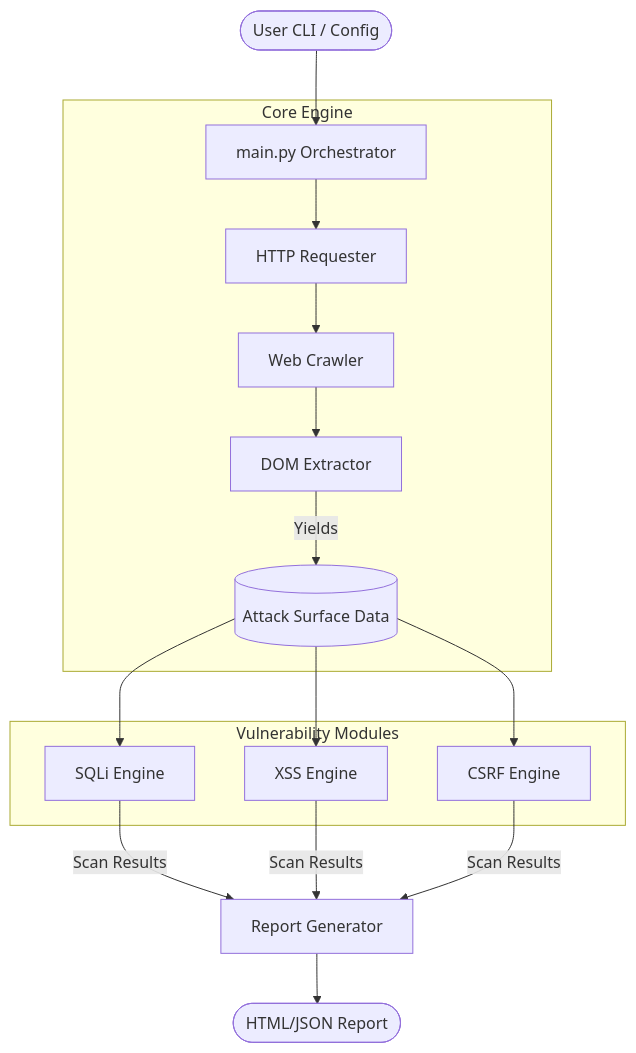
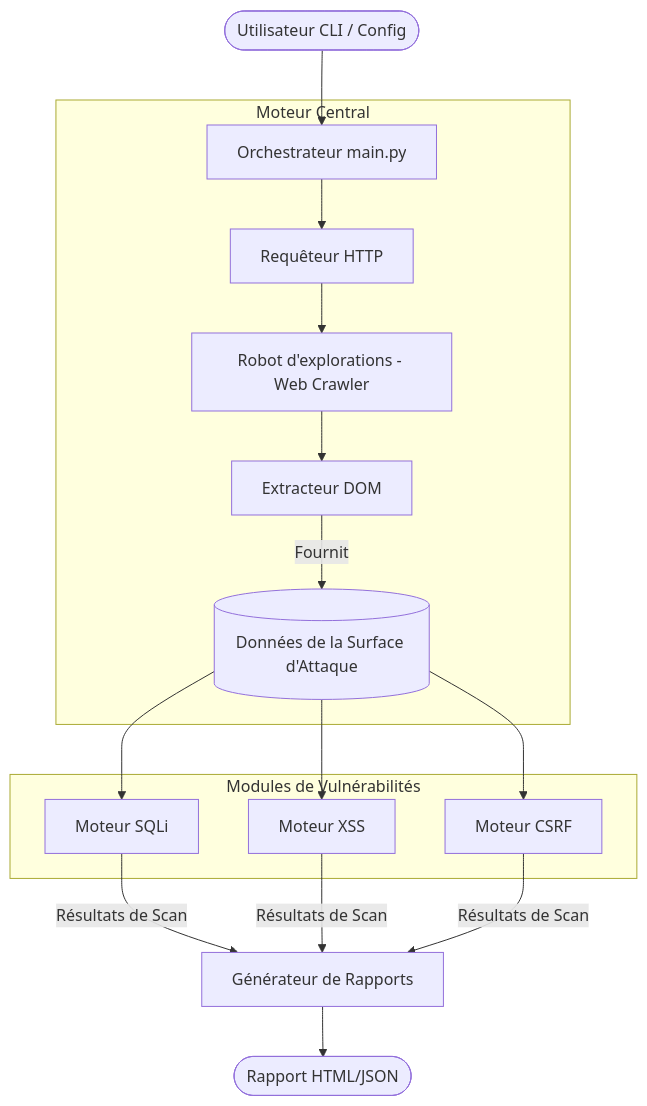
One commit to JamaiAli/web-vuln-scanner changed the first of 2 diagrams in README.md. Above: the diagram before and after it, drawn with Mermaid. The commit also changed other lines of this file, not shown here.

````diff
--- a/README.md
+++ b/README.md
@@ -30,23 +30,23 @@
 ```mermaid
 graph TD
-    User([User CLI / Config]) --> Orchestrator[main.py Orchestrator]
+    User([Utilisateur CLI / Config]) --> Orchestrator[Orchestrateur main.py]
     
-    subgraph Core Engine
-        Orchestrator --> Requester[HTTP Requester]
-        Requester --> Crawler[Web Crawler]
-        Crawler --> Extractor[DOM Extractor]
-        Extractor -- Yields --> AttackSurface[(Attack Surface Data)]
+    subgraph Moteur Central
+        Orchestrator --> Requester[Requêteur HTTP]
+        Requester --> Crawler[Robot d'explorations - Web Crawler]
+        Crawler --> Extractor[Extracteur DOM]
+        Extractor -- Fournit --> AttackSurface[(Données de la Surface d'Attaque)]
     end
     
-    subgraph Vulnerability Modules
-        AttackSurface --> SQLi[SQLi Engine]
-        AttackSurface --> XSS[XSS Engine]
-        AttackSurface --> CSRF[CSRF Engine]
+    subgraph Modules de Vulnérabilités
+        AttackSurface --> SQLi[Moteur SQLi]
+        AttackSurface --> XSS[Moteur XSS]
+        AttackSurface --> CSRF[Moteur CSRF]
     end
     
-    SQLi -- Scan Results --> Reporter[Report Generator]
-    XSS -- Scan Results --> Reporter
-    CSRF -- Scan Results --> Reporter
+    SQLi -- Résultats de Scan --> Reporter[Générateur de Rapports]
+    XSS -- Résultats de Scan --> Reporter
+    CSRF -- Résultats de Scan --> Reporter
     
-    Reporter --> ReportOut([HTML/JSON Report])
+    Reporter --> ReportOut([Rapport HTML/JSON])
 ```
````
